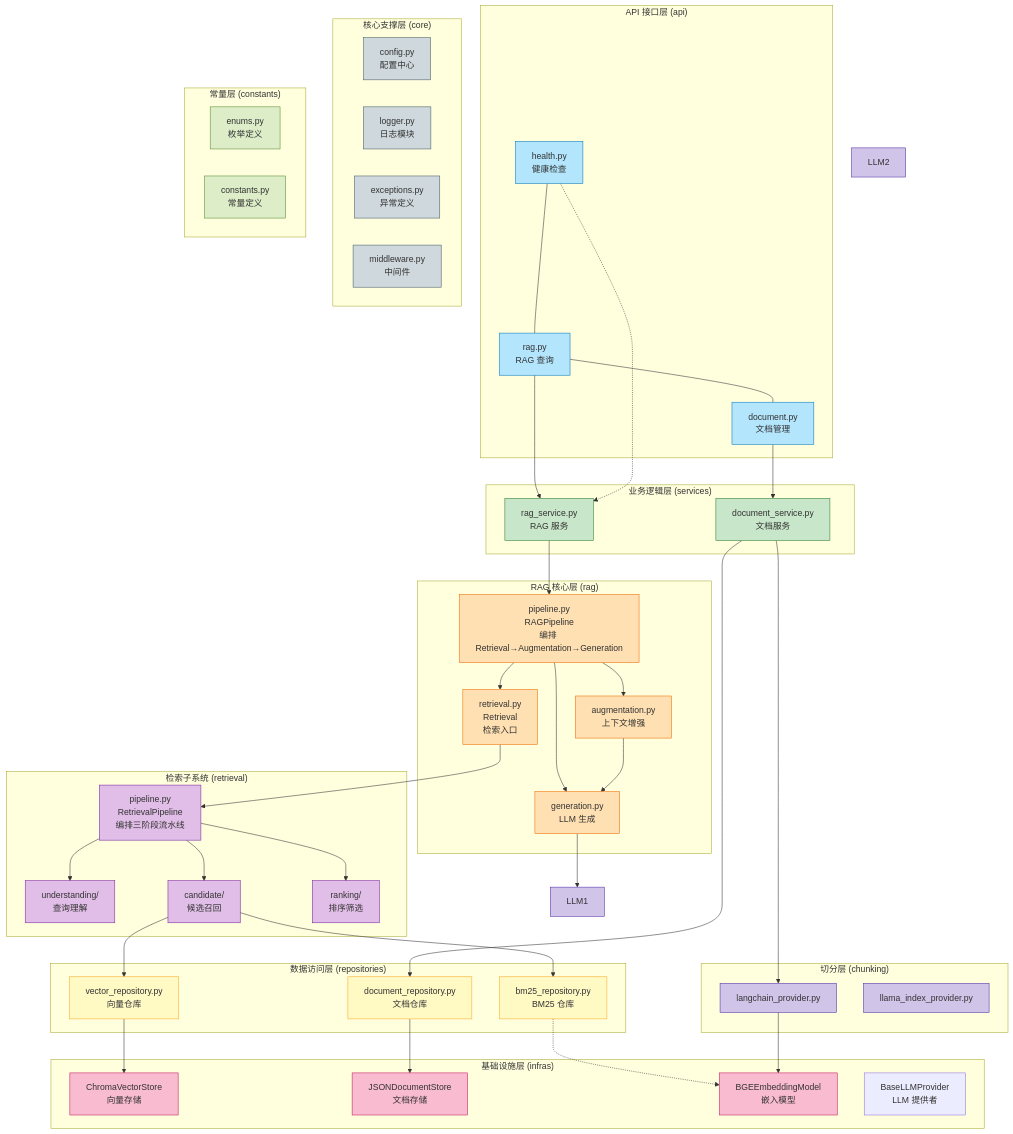
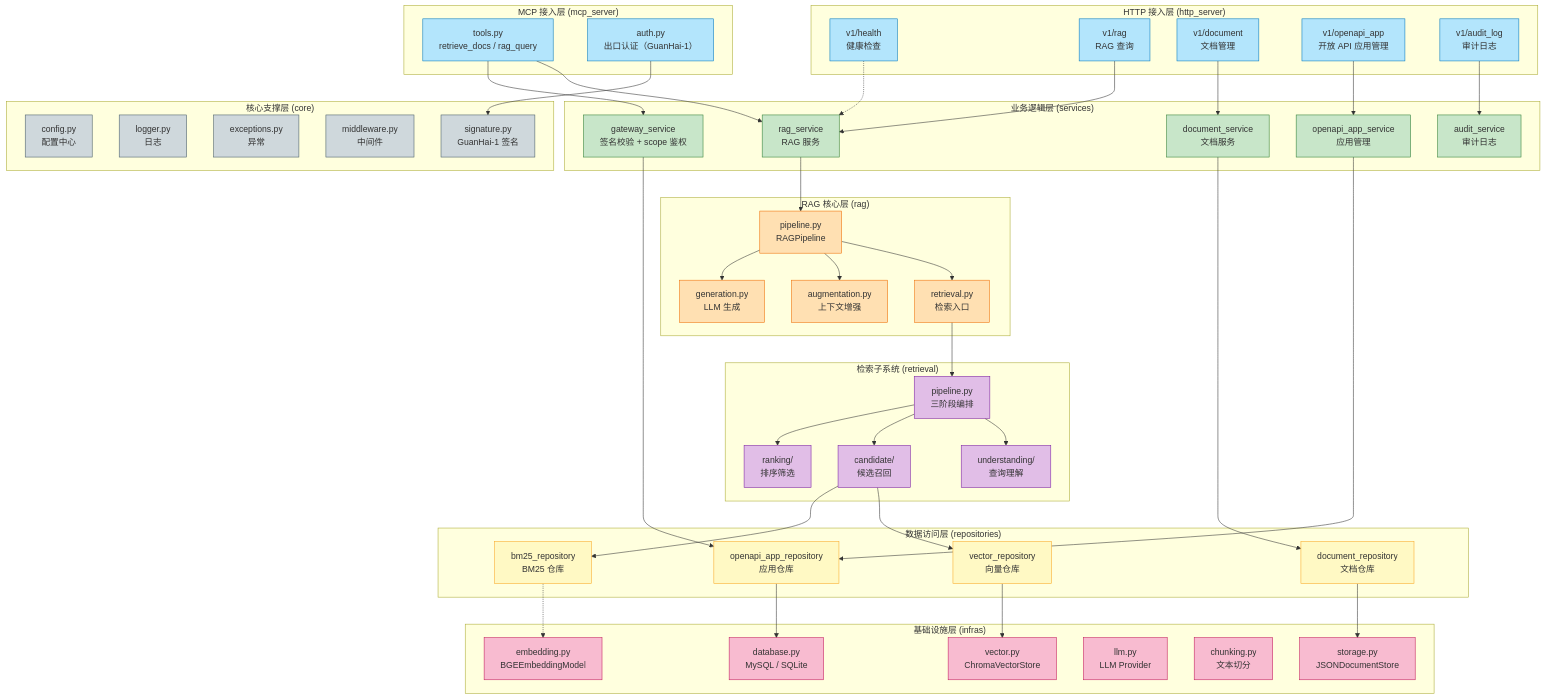
The first of 3 diagrams in README.md (chain-engine/x-GuanHai), drawn with Mermaid before and after one commit. The commit also changed other lines of this file and 121 other files, not shown here.

````diff
--- a/README.md
+++ b/README.md
@@ -282,116 +291,128 @@
 ```mermaid
 graph TB
-    subgraph "API 接口层 (api)"
-        A1["health.py<br/>健康检查"]
-        A2["rag.py<br/>RAG 查询"]
-        A3["document.py<br/>文档管理"]
-        A1 --- A2 --- A3
+    subgraph "HTTP 接入层 (http_server)"
+        H1["v1/health<br/>健康检查"]
+        H2["v1/rag<br/>RAG 查询"]
+        H3["v1/document<br/>文档管理"]
+        H4["v1/openapi_app<br/>开放 API 应用管理"]
+        H5["v1/audit_log<br/>审计日志"]
+    end
+
+    subgraph "MCP 接入层 (mcp_server)"
+        M1["tools.py<br/>retrieve_docs / rag_query"]
+        M2["auth.py<br/>出口认证（GuanHai-1）"]
     end
 
     subgraph "业务逻辑层 (services)"
-        SVC1["rag_service.py<br/>RAG 服务"]
-        SVC2["document_service.py<br/>文档服务"]
+        S1["rag_service<br/>RAG 服务"]
+        S2["document_service<br/>文档服务"]
+        S3["gateway_service<br/>签名校验 + scope 鉴权"]
+        S4["openapi_app_service<br/>应用管理"]
+        S5["audit_service<br/>审计日志"]
     end
 
     subgraph "RAG 核心层 (rag)"
-        RAG1["pipeline.py<br/>RAGPipeline<br/>编排 Retrieval→Augmentation→Generation"]
-        RAG2["retrieval.py<br/>Retrieval<br/>检索入口"]
-        RAG3["augmentation.py<br/>上下文增强"]
-        RAG4["generation.py<br/>LLM 生成"]
+        R1["pipeline.py<br/>RAGPipeline"]
+        R2["retrieval.py<br/>检索入口"]
+        R3["augmentation.py<br/>上下文增强"]
+        R4["generation.py<br/>LLM 生成"]
     end
 
     subgraph "检索子系统 (retrieval)"
-        RET1["pipeline.py<br/>RetrievalPipeline<br/>编排三阶段流水线"]
-        RET2["understanding/<br/>查询理解"]
-        RET3["candidate/<br/>候选召回"]
-        RET4["ranking/<br/>排序筛选"]
+        T1["pipeline.py<br/>三阶段编排"]
+        T2["understanding/<br/>查询理解"]
+        T3["candidate/<br/>候选召回"]
+        T4["ranking/<br/>排序筛选"]
     end
 
     subgraph "数据访问层 (repositories)"
-        REP1["vector_repository.py<br/>向量仓库"]
-        REP2["document_repository.py<br/>文档仓库"]
-        REP3["bm25_repository.py<br/>BM25 仓库"]
+        P1["vector_repository<br/>向量仓库"]
+        P2["document_repository<br/>文档仓库"]
+        P3["bm25_repository<br/>BM25 仓库"]
+        P4["openapi_app_repository<br/>应用仓库"]
     end
 
     subgraph "基础设施层 (infras)"
-        I1["ChromaVectorStore<br/>向量存储"]
-        I2["JSONDocumentStore<br/>文档存储"]
-        I3["BGEEmbeddingModel<br/>嵌入模型"]
-        I4["BaseLLMProvider<br/>LLM 提供者"]
-    end
-
-    subgraph "切分层 (chunking)"
-        CHK1["langchain_provider.py"]
-        CHK2["llama_index_provider.py"]
+        I1["vector.py<br/>ChromaVectorStore"]
+        I2["storage.py<br/>JSONDocumentStore"]
+        I3["embedding.py<br/>BGEEmbeddingModel"]
+        I4["llm.py<br/>LLM Provider"]
+        I5["chunking.py<br/>文本切分"]
+        I6["database.py<br/>MySQL / SQLite"]
     end
 
     subgraph "核心支撑层 (core)"
         C1["config.py<br/>配置中心"]
-        C2["logger.py<br/>日志模块"]
-        C3["exceptions.py<br/>异常定义"]
+        C2["logger.py<br/>日志"]
+        C3["exceptions.py<br/>异常"]
         C4["middleware.py<br/>中间件"]
+        C5["signature.py<br/>GuanHai-1 签名"]
     end
 
-    subgraph "常量层 (constants)"
-        CON1["enums.py<br/>枚举定义"]
-        CON2["constants.py<br/>常量定义"]
-    end
+    H2 --> S1
+    H3 --> S2
+    H4 --> S4
+    H5 --> S5
+    H1 -.-> S1
 
-    A2 --> SVC1
-    A3 --> SVC2
-    A1 -.-> SVC1
+    M1 --> S1
+    M1 --> S3
+    M2 --> C5
 
-    SVC1 --> RAG1
-    SVC2 --> REP2
-    SVC2 --> CHK1
+    S1 --> R1
+    S2 --> P2
+    S3 --> P4
+    S4 --> P4
 
-    RAG1 --> RAG2
-    RAG1 --> RAG3
-    RAG1 --> RAG4
+    R1 --> R2
+    R1 --> R3
+    R1 --> R4
+    R2 --> T1
 
-    RAG2 --> RET1
-    RAG3 --> RAG4
-    RAG4 --> LLM1
+    T1 --> T2
+    T1 --> T3
+    T1 --> T4
+    T3 --> P1
+    T3 --> P3
 
-    RET1 --> RET2
-    RET1 --> RET3
-    RET1 --> RET4
+    P1 --> I1
+    P2 --> I2
+    P3 -.-> I3
+    P4 --> I6
 
-    RET3 --> REP1
-    RET3 --> REP3
-
-    REP1 --> I1
-    REP2 --> I2
-    REP3 -.-> I3
-    CHK1 --> I3
-
-    style A1 fill:#b3e5fc,stroke:#0277bd
-    style A2 fill:#b3e5fc,stroke:#0277bd
-    style A3 fill:#b3e5fc,stroke:#0277bd
-    style SVC1 fill:#c8e6c9,stroke:#2e7d32
-    style SVC2 fill:#c8e6c9,stroke:#2e7d32
-    style RAG1 fill:#ffe0b2,stroke:#ef6c00
-    style RAG2 fill:#ffe0b2,stroke:#ef6c00
-    style RAG3 fill:#ffe0b2,stroke:#ef6c00
-    style RAG4 fill:#ffe0b2,stroke:#ef6c00
-    style RET1 fill:#e1bee7,stroke:#7b1fa2
-    style RET2 fill:#e1bee7,stroke:#7b1fa2
-    style RET3 fill:#e1bee7,stroke:#7b1fa2
-    style RET4 fill:#e1bee7,stroke:#7b1fa2
-    style REP1 fill:#fff9c4,stroke:#f9a825
-    style REP2 fill:#fff9c4,stroke:#f9a825
-    style REP3 fill:#fff9c4,stroke:#f9a825
+    style H1 fill:#b3e5fc,stroke:#0277bd
+    style H2 fill:#b3e5fc,stroke:#0277bd
+    style H3 fill:#b3e5fc,stroke:#0277bd
+    style H4 fill:#b3e5fc,stroke:#0277bd
+    style H5 fill:#b3e5fc,stroke:#0277bd
+    style M1 fill:#b3e5fc,stroke:#0277bd
+    style M2 fill:#b3e5fc,stroke:#0277bd
+    style S1 fill:#c8e6c9,stroke:#2e7d32
+    style S2 fill:#c8e6c9,stroke:#2e7d32
+    style S3 fill:#c8e6c9,stroke:#2e7d32
+    style S4 fill:#c8e6c9,stroke:#2e7d32
+    style S5 fill:#c8e6c9,stroke:#2e7d32
+    style R1 fill:#ffe0b2,stroke:#ef6c00
+    style R2 fill:#ffe0b2,stroke:#ef6c00
+    style R3 fill:#ffe0b2,stroke:#ef6c00
+    style R4 fill:#ffe0b2,stroke:#ef6c00
+    style T1 fill:#e1bee7,stroke:#7b1fa2
+    style T2 fill:#e1bee7,stroke:#7b1fa2
+    style T3 fill:#e1bee7,stroke:#7b1fa2
+    style T4 fill:#e1bee7,stroke:#7b1fa2
+    style P1 fill:#fff9c4,stroke:#f9a825
+    style P2 fill:#fff9c4,stroke:#f9a825
+    style P3 fill:#fff9c4,stroke:#f9a825
+    style P4 fill:#fff9c4,stroke:#f9a825
     style I1 fill:#f8bbd0,stroke:#c2185b
     style I2 fill:#f8bbd0,stroke:#c2185b
     style I3 fill:#f8bbd0,stroke:#c2185b
-    style LLM1 fill:#d1c4e9,stroke:#512da8
-    style LLM2 fill:#d1c4e9,stroke:#512da8
-    style CHK1 fill:#d1c4e9,stroke:#512da8
-    style CHK2 fill:#d1c4e9,stroke:#512da8
+    style I4 fill:#f8bbd0,stroke:#c2185b
+    style I5 fill:#f8bbd0,stroke:#c2185b
+    style I6 fill:#f8bbd0,stroke:#c2185b
     style C1 fill:#cfd8dc,stroke:#455a64
     style C2 fill:#cfd8dc,stroke:#455a64
     style C3 fill:#cfd8dc,stroke:#455a64
     style C4 fill:#cfd8dc,stroke:#455a64
-    style CON1 fill:#dcedc8,stroke:#558b2f
-    style CON2 fill:#dcedc8,stroke:#558b2f
+    style C5 fill:#cfd8dc,stroke:#455a64
 ```
````
